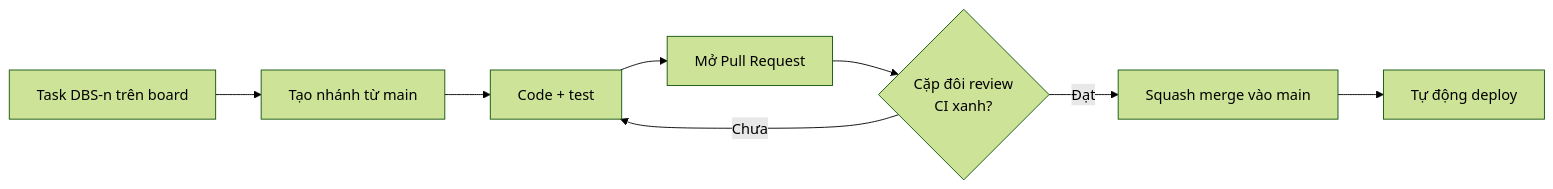
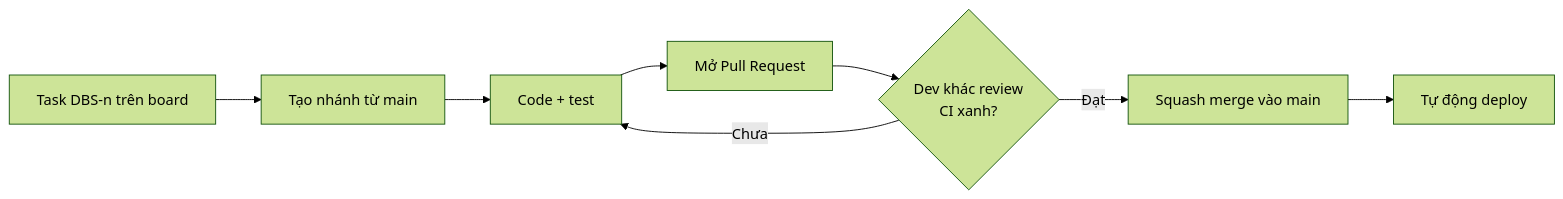
The diagram in CONTRIBUTING.md (Lawliet119/digital-banking-simulator), drawn with Mermaid (forest theme) before and after one commit. The commit also changed other lines of this file and 7 other files, not shown here.

````diff
--- a/CONTRIBUTING.md
+++ b/CONTRIBUTING.md
@@ -5,6 +5,6 @@
 ```mermaid
 flowchart LR
-    I[Task DBS-n trên board] --> B[Tạo nhánh từ main] --> C[Code + test] --> P[Mở Pull Request] --> R{Cặp đôi review<br/>CI xanh?}
+    I[Task DBS-n trên board] --> B[Tạo nhánh từ main] --> C[Code + test] --> P[Mở Pull Request] --> R{Dev khác review<br/>CI xanh?}
     R -- Chưa --> C
     R -- Đạt --> M[Squash merge vào main] --> D[Tự động deploy]
 ```
````
